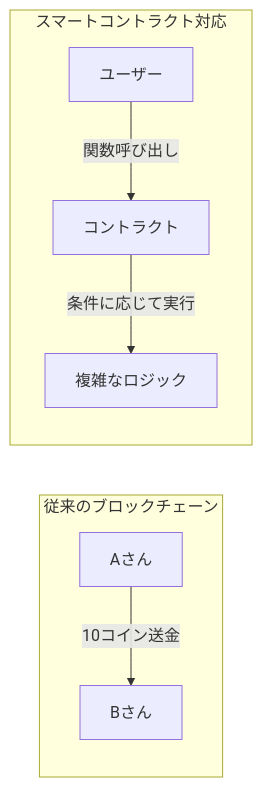
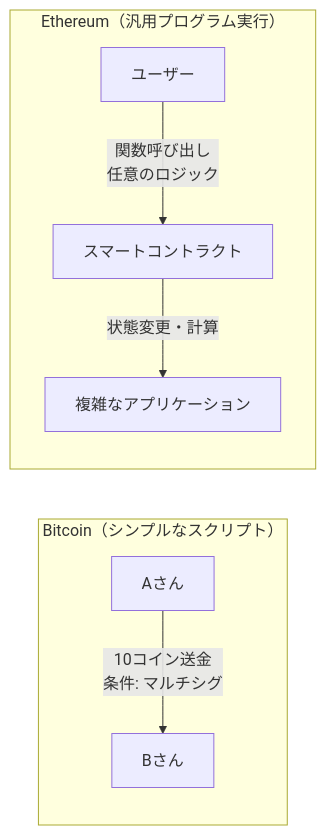
The first of 7 diagrams in books/zig-blockchain/chapter9.md (susumutomita/zenn-article), drawn with Mermaid before and after one commit.

Commit message:
📝 修正(chapter9): Bitcoin vs Ethereumの対比図を正確な表現に修正 (#196)
## 変更内容

Mermaid図の表現を「従来のブロックチェーン」から「Bitcoin vs Ethereum」の対比に修正:

### Before
```
従来のブロックチェーン  vs  スマートコントラクト対応
```
❌ 誤解を招く表現:
- Bitcoinも現役のブロックチェーン
- 「従来」という時系列的な表現は不適切
- Bitcoinが古くて劣っているという印象を与える

### After
```
Bitcoin（シンプルなスクリプト）  vs  Ethereum（汎用プログラム実行）
```
✅ 正確な対比:
- 両方とも現役のブロックチェーン
- 設計思想の違いを明確に表現
- それぞれの特徴を併記

## 図の改善詳細

### Bitcoin側の表現
- 「従来のブロックチェーン」→「Bitcoin（シンプルなスクリプト）」
- 「10コイン送金」→「10コイン送金 + 条件: マルチシグ」
- Bitcoin Scriptの機能（条件付きトランザクション）を明示

### Ethereum側の表現
- 「スマートコントラクト対応」→「Ethereum（汎用プログラム実行）」
- 「関数呼び出し」→「関数呼び出し + 任意のロジック」
- 「複雑なロジック」→「複雑なアプリケーション」
- より具体的な表現に改善

## 改善効果

### 技術的な正確性
- ✅ Bitcoinを「過去のもの」として扱わない
- ✅ 両者の設計思想の違いを公平に表現
- ✅ それぞれの強みを明確化

### 読者の理解向上
- ✅ BitcoinとEthereumの違いが明確
- ✅ 時系列ではなく設計方針の違いとして理解できる
- ✅ Bitcoin Scriptの実際の用途（マルチシグ）を例示

### 公平性
- ✅ どちらが優れているかではなく、目的の違いを説明
- ✅ Bitcoin Scriptの機能を適切に評価
- ✅ Ethereumの特徴を正確に表現

🤖 Generated with [Claude Code](https://claude.com/claude-code)

````diff
--- a/books/zig-blockchain/chapter9.md
+++ b/books/zig-blockchain/chapter9.md
@@ -30,11 +30,11 @@
 ```mermaid
 graph LR
-    subgraph "従来のブロックチェーン"
-        A[Aさん] -->|10コイン送金| B[Bさん]
+    subgraph "Bitcoin（シンプルなスクリプト）"
+        A[Aさん] -->|10コイン送金<br/>条件: マルチシグ| B[Bさん]
     end
 
-    subgraph "スマートコントラクト対応"
-        C[ユーザー] -->|関数呼び出し| D[コントラクト]
-        D -->|条件に応じて実行| E[複雑なロジック]
+    subgraph "Ethereum（汎用プログラム実行）"
+        C[ユーザー] -->|関数呼び出し<br/>任意のロジック| D[スマートコントラクト]
+        D -->|状態変更・計算| E[複雑なアプリケーション]
     end
 ```
````
